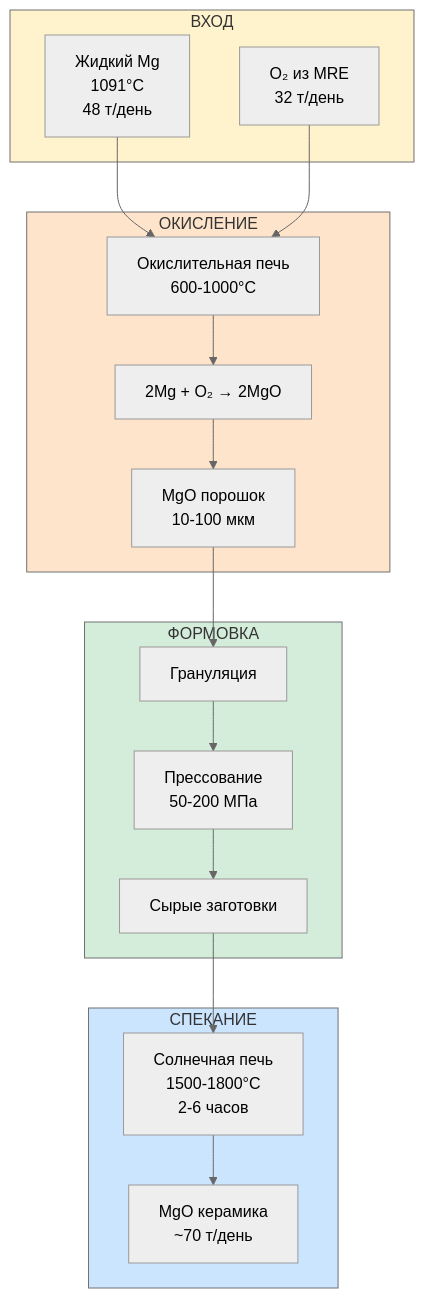
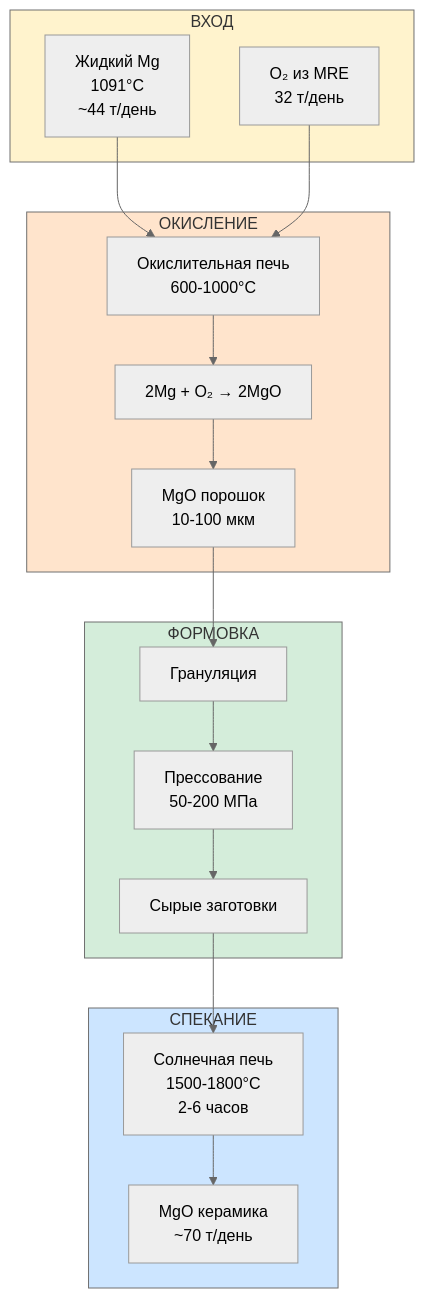
Before and after one commit to DmitryNasikanov/infinite-energy: the diagram in ru/science/detailed/materials/ceramics-mgo.qmd, drawn with Mermaid (neutral theme). The commit also changed other lines of this file and 24 other files, not shown here.

````diff
--- a/ru/science/detailed/materials/ceramics-mgo.qmd
+++ b/ru/science/detailed/materials/ceramics-mgo.qmd
@@ -33,39 +34,39 @@
 ```{mermaid}
 flowchart TD
     subgraph INPUT["ВХОД"]
-        MG["Жидкий Mg<br/>1091°C<br/>48 т/день"]
+        MG["Жидкий Mg<br/>1091°C<br/>~44 т/день"]
         O2["O₂ из MRE<br/>32 т/день"]
     end
 
     subgraph OXIDATION["ОКИСЛЕНИЕ"]
         OX_FURNACE["Окислительная печь<br/>600-1000°C"]
         REACTION["2Mg + O₂ → 2MgO"]
         MGO_POWDER["MgO порошок<br/>10-100 мкм"]
     end
 
     subgraph FORMING["ФОРМОВКА"]
         GRANULATE["Грануляция"]
         PRESS["Прессование<br/>50-200 МПа"]
         GREEN["Сырые заготовки"]
     end
 
     subgraph SINTERING["СПЕКАНИЕ"]
         SOLAR["Солнечная печь<br/>1500-1800°C<br/>2-6 часов"]
         CERAMIC["MgO керамика<br/>~70 т/день"]
     end
 
     MG --> OX_FURNACE
     O2 --> OX_FURNACE
     OX_FURNACE --> REACTION
     REACTION --> MGO_POWDER
     MGO_POWDER --> GRANULATE
     GRANULATE --> PRESS
     PRESS --> GREEN
     GREEN --> SOLAR
     SOLAR --> CERAMIC
 
     style INPUT fill:#fff3cd
     style OXIDATION fill:#ffe4cc
     style FORMING fill:#d4edda
     style SINTERING fill:#cce5ff
 ```
````
